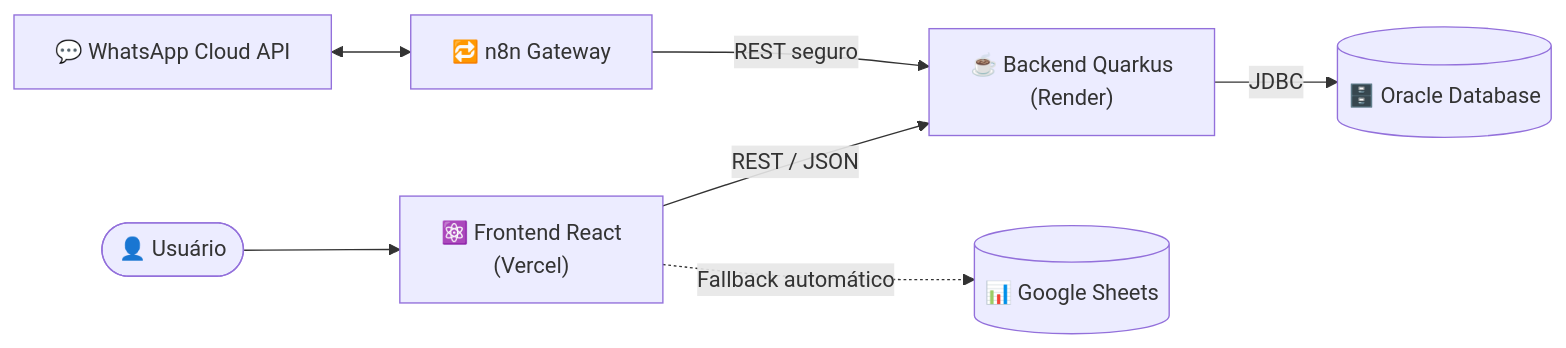
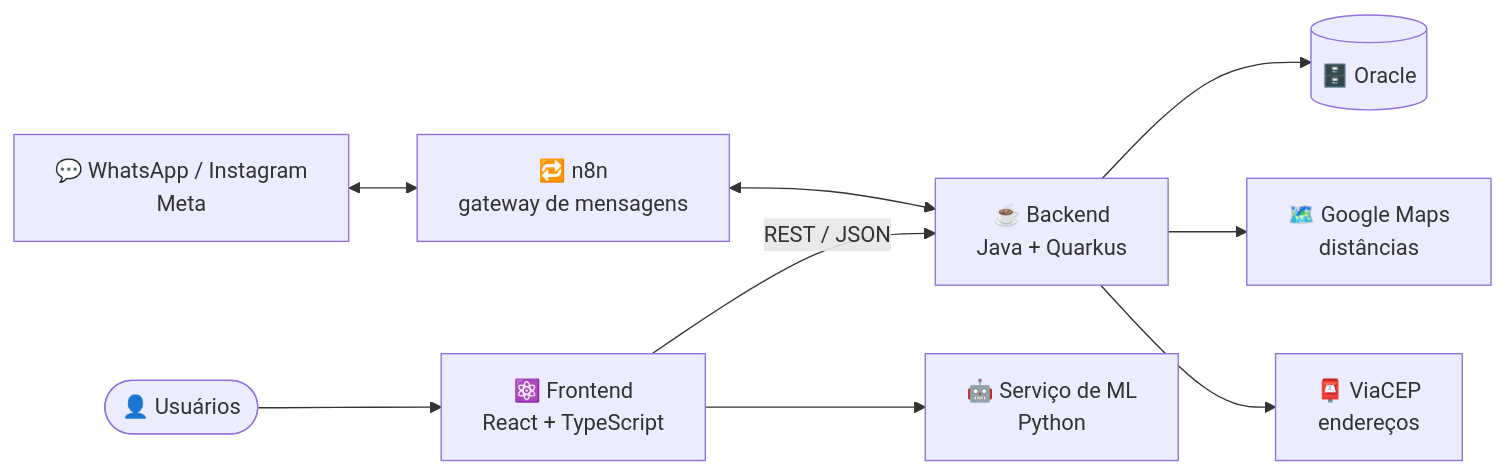
The second of 2 diagrams in README.md (Start-Upados/Front_TdB), drawn with Mermaid before and after one commit. The commit also changed other lines of this file, not shown here.

````diff
--- a/README.md
+++ b/README.md
@@ -74,9 +73,11 @@
 ```mermaid
 flowchart LR
-    User([👤 Usuário]) --> FE["⚛️ Frontend React<br/>(Vercel)"]
-    FE -->|REST / JSON| BE["☕ Backend Quarkus<br/>(Render)"]
-    BE -->|JDBC| DB[("🗄️ Oracle Database")]
-    FE -.->|Fallback automático| GS[("📊 Google Sheets")]
-    WA["💬 WhatsApp Cloud API"] <--> N8N["🔁 n8n Gateway"]
-    N8N -->|REST seguro| BE
+    U([👤 Usuários]) --> FE["⚛️ Frontend<br/>React + TypeScript"]
+    FE -->|REST / JSON| BE["☕ Backend<br/>Java + Quarkus"]
+    BE --> DB[("🗄️ Oracle")]
+    FE --> ML["🤖 Serviço de ML<br/>Python"]
+    BE --> GM["🗺️ Google Maps<br/>distâncias"]
+    BE --> VC["📮 ViaCEP<br/>endereços"]
+    META["💬 WhatsApp / Instagram<br/>Meta"] <--> N8N["🔁 n8n<br/>gateway de mensagens"]
+    N8N <--> BE
 ```
````
